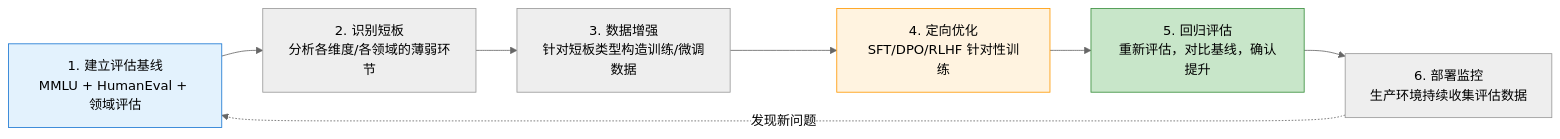
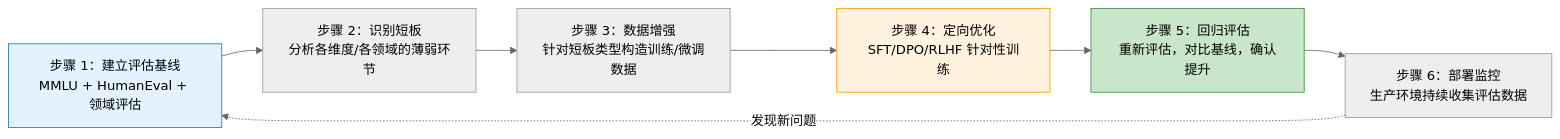
Before and after one commit to BeefWrap4/LLM-Knowledge-Base: the eighth of 13 diagrams in 17_大模型评估体系.md, drawn with Mermaid (neutral theme). The commit also changed other lines of this file and 12 other files, not shown here.

Commit message:
Fix Mermaid markdown label rendering

````diff
--- a/17_大模型评估体系.md
+++ b/17_大模型评估体系.md
@@ -1038,13 +1038,13 @@
 ```mermaid
 graph LR
-    A["1. 建立评估基线<br/>MMLU + HumanEval + 领域评估"] --> B["2. 识别短板<br/>分析各维度/各领域的薄弱环节"]
-    B --> C["3. 数据增强<br/>针对短板类型构造训练/微调数据"]
-    C --> D["4. 定向优化<br/>SFT/DPO/RLHF 针对性训练"]
-    D --> E["5. 回归评估<br/>重新评估，对比基线，确认提升"]
-    E --> F["6. 部署监控<br/>生产环境持续收集评估数据"]
+    A["步骤 1：建立评估基线<br/>MMLU + HumanEval + 领域评估"] --> B["步骤 2：识别短板<br/>分析各维度/各领域的薄弱环节"]
+    B --> C["步骤 3：数据增强<br/>针对短板类型构造训练/微调数据"]
+    C --> D["步骤 4：定向优化<br/>SFT/DPO/RLHF 针对性训练"]
+    D --> E["步骤 5：回归评估<br/>重新评估，对比基线，确认提升"]
+    E --> F["步骤 6：部署监控<br/>生产环境持续收集评估数据"]
     F -.->|"发现新问题"| A
     
     style A fill:#e3f2fd,stroke:#1976d2
     style D fill:#fff3e0,stroke:#ff9800
     style E fill:#c8e6c9,stroke:#388e3c
 ```
````
